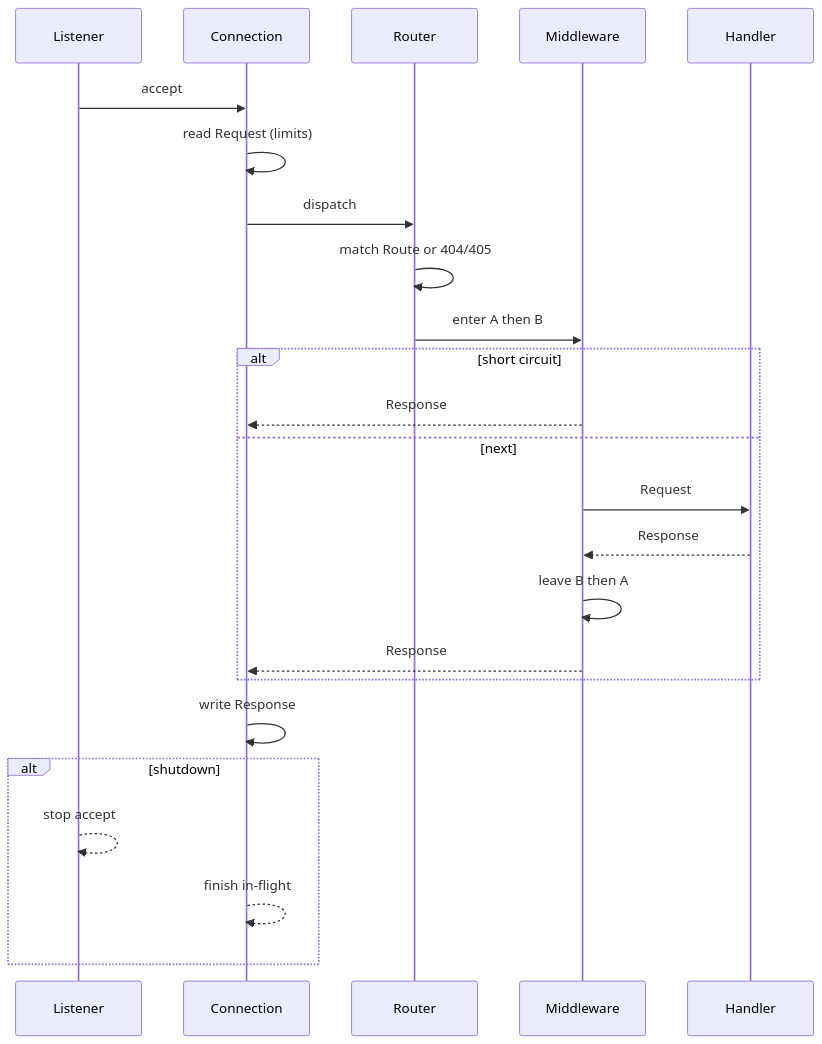
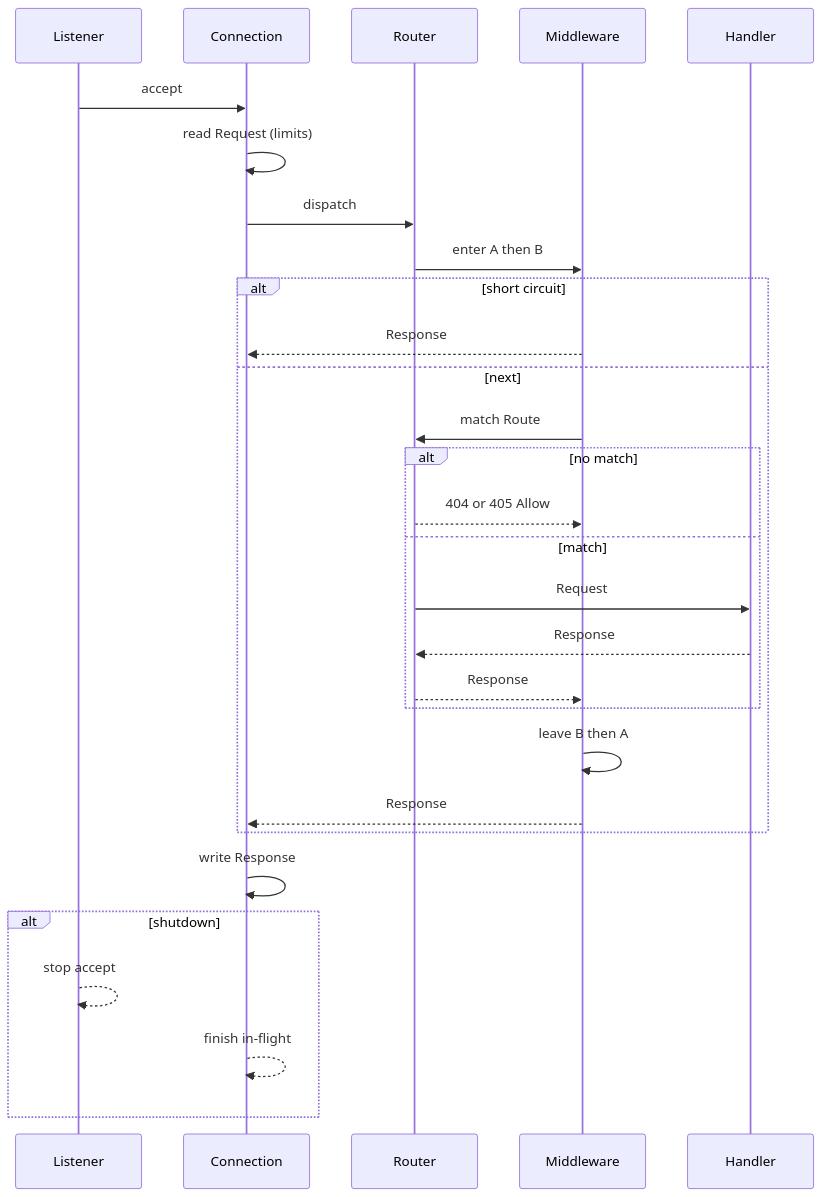
Before and after one commit to SilentMalachite/Hayate: the second of 2 diagrams in docs/ER.md, drawn with Mermaid. The commit also changed other lines of this file and 1 other file, not shown here.

First line of the commit message:
docs: sync ER and UML with the accepted Phase 2 scope

````diff
--- a/docs/ER.md
+++ b/docs/ER.md
@@ -160,26 +165,31 @@
 ```mermaid
 sequenceDiagram
     participant L as Listener
     participant C as Connection
     participant R as Router
     participant M as Middleware
     participant H as Handler
     L->>C: accept
     C->>C: read Request (limits)
     C->>R: dispatch
-    R->>R: match Route or 404/405
     R->>M: enter A then B
     alt short circuit
         M-->>C: Response
     else next
-        M->>H: Request
-        H-->>M: Response
+        M->>R: match Route
+        alt no match
+            R-->>M: 404 or 405 Allow
+        else match
+            R->>H: Request
+            H-->>R: Response
+            R-->>M: Response
+        end
         M->>M: leave B then A
         M-->>C: Response
     end
     C->>C: write Response
     alt shutdown
         L-->>L: stop accept
         C-->>C: finish in-flight
     end
 ```
````
